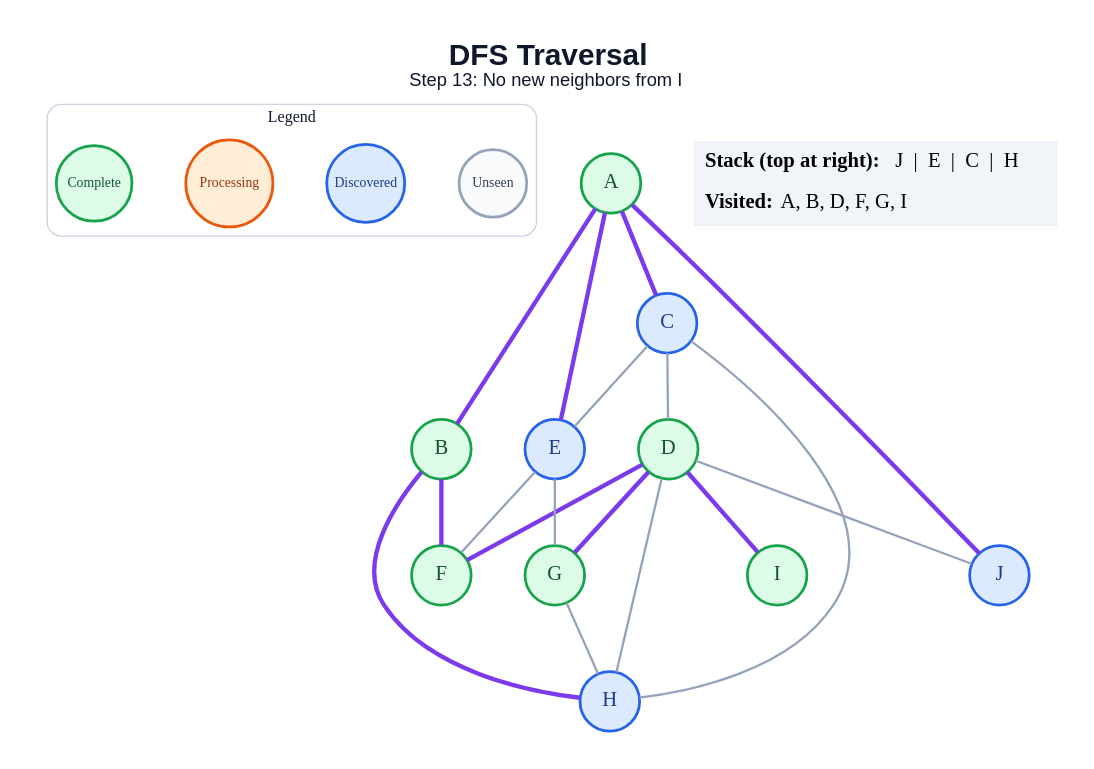
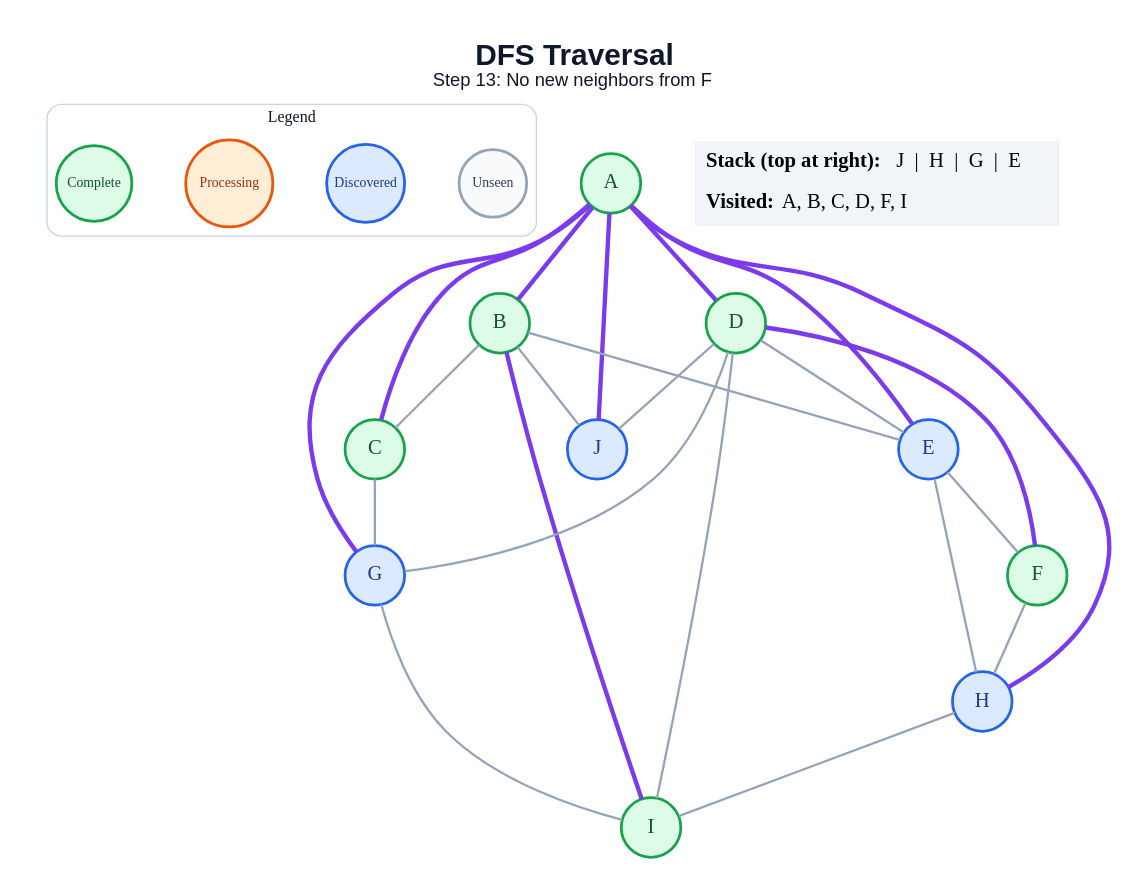
Before and after one commit to anon7238593-create/ai-slop: the diagram in generated/dfs/step_13.dot, drawn with Graphviz. The commit also changed 171 other files, not shown here.

```diff
--- a/generated/dfs/step_13.dot
+++ b/generated/dfs/step_13.dot
@@ -1,46 +1,51 @@
 graph traversal {
   graph [layout=dot, rankdir=TB, bgcolor="#FFFFFF", pad="0.35", nodesep="0.65", ranksep="0.8", fontname="Arial"];
   node [shape=circle, style="filled", fontname="Arial Bold", fontsize=18, width=0.72, fixedsize=true, penwidth=2.4];
   edge [color="#94A3B8", penwidth=2.0];
-  label=<<B>DFS Traversal</B><BR/><FONT POINT-SIZE="16">Step 13: No new neighbors from I</FONT>>; labelloc="t"; fontsize=26; fontname="Arial"; fontcolor="#0F172A";
+  label=<<B>DFS Traversal</B><BR/><FONT POINT-SIZE="16">Step 13: No new neighbors from F</FONT>>; labelloc="t"; fontsize=26; fontname="Arial"; fontcolor="#0F172A";
   subgraph cluster_legend { label="Legend"; color="#CBD5E1"; penwidth=1.2; style="rounded"; fontsize=14; fontname="Arial Bold";
     key_unseen [label="Unseen", fillcolor="#F8FAFC", color="#94A3B8", fontcolor="#334155", fontsize=12, width=0.82];
     key_frontier [label="Discovered", fillcolor="#DBEAFE", color="#2563EB", fontcolor="#1E3A8A", fontsize=12, width=0.95];
     key_current [label="Processing", fillcolor="#FFEDD5", color="#EA580C", fontcolor="#9A3412", fontsize=12, width=1.05];
     key_done [label="Complete", fillcolor="#DCFCE7", color="#16A34A", fontcolor="#14532D", fontsize=12, width=0.92];
     { rank=same; key_unseen; key_frontier; key_current; key_done; }
   }
   A [fillcolor="#DCFCE7", color="#16A34A", fontcolor="#14532D"];
   B [fillcolor="#DCFCE7", color="#16A34A", fontcolor="#14532D"];
-  C [fillcolor="#DBEAFE", color="#2563EB", fontcolor="#1E3A8A"];
+  C [fillcolor="#DCFCE7", color="#16A34A", fontcolor="#14532D"];
   D [fillcolor="#DCFCE7", color="#16A34A", fontcolor="#14532D"];
   E [fillcolor="#DBEAFE", color="#2563EB", fontcolor="#1E3A8A"];
   F [fillcolor="#DCFCE7", color="#16A34A", fontcolor="#14532D"];
-  G [fillcolor="#DCFCE7", color="#16A34A", fontcolor="#14532D"];
+  G [fillcolor="#DBEAFE", color="#2563EB", fontcolor="#1E3A8A"];
   H [fillcolor="#DBEAFE", color="#2563EB", fontcolor="#1E3A8A"];
   I [fillcolor="#DCFCE7", color="#16A34A", fontcolor="#14532D"];
   J [fillcolor="#DBEAFE", color="#2563EB", fontcolor="#1E3A8A"];
   A -- B [color="#7C3AED", penwidth=3.8];
   A -- C [color="#7C3AED", penwidth=3.8];
+  A -- D [color="#7C3AED", penwidth=3.8];
   A -- E [color="#7C3AED", penwidth=3.8];
+  A -- G [color="#7C3AED", penwidth=3.8];
+  A -- H [color="#7C3AED", penwidth=3.8];
   A -- J [color="#7C3AED", penwidth=3.8];
-  B -- F [color="#7C3AED", penwidth=3.8];
-  B -- H [color="#7C3AED", penwidth=3.8];
-  C -- D;
-  C -- E;
-  C -- H;
+  B -- C;
+  B -- E;
+  B -- I [color="#7C3AED", penwidth=3.8];
+  B -- J;
+  C -- G;
+  D -- E;
   D -- F [color="#7C3AED", penwidth=3.8];
-  D -- G [color="#7C3AED", penwidth=3.8];
-  D -- H;
-  D -- I [color="#7C3AED", penwidth=3.8];
+  D -- G;
+  D -- I;
   D -- J;
   E -- F;
-  E -- G;
-  G -- H;
+  E -- H;
+  F -- H;
+  G -- I;
+  H -- I;
   status [shape=plain, fixedsize=false, width=0, height=0, margin=0, label=<
     <TABLE BORDER="0" CELLBORDER="0" CELLPADDING="7" BGCOLOR="#F1F5F9">
-      <TR><TD ALIGN="LEFT"><B>Stack (top at right):</B> J  |  E  |  C  |  H</TD></TR>
-      <TR><TD ALIGN="LEFT"><B>Visited:</B> A, B, D, F, G, I</TD></TR>
+      <TR><TD ALIGN="LEFT"><B>Stack (top at right):</B> J  |  H  |  G  |  E</TD></TR>
+      <TR><TD ALIGN="LEFT"><B>Visited:</B> A, B, C, D, F, I</TD></TR>
     </TABLE>
   >];
 }
```
